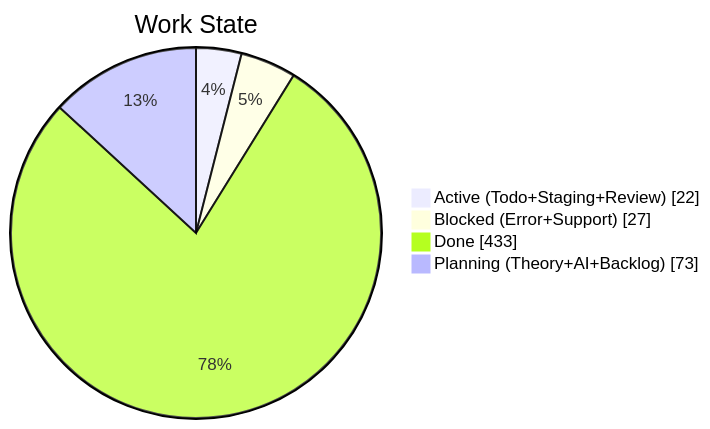
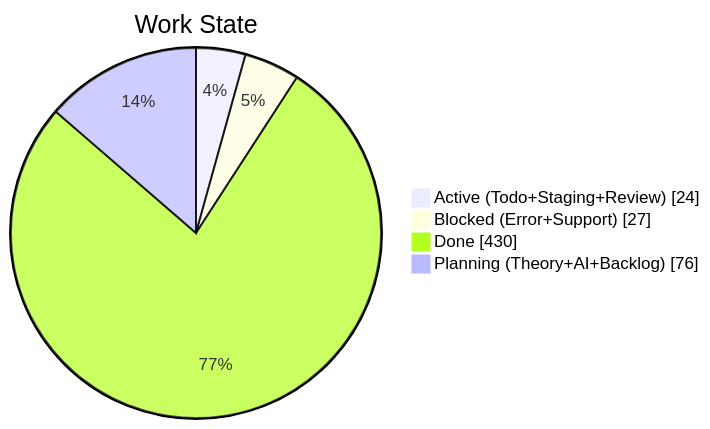
One commit to KBVE/kbve changed the second of 4 diagrams in apps/kbve/astro-kbve/src/content/docs/dashboard/kanban-data.mdx. Above: the diagram before and after it, drawn with Mermaid. The commit also changed other lines of this file and 8 other files, not shown here.

````diff
--- a/apps/kbve/astro-kbve/src/content/docs/dashboard/kanban-data.mdx
+++ b/apps/kbve/astro-kbve/src/content/docs/dashboard/kanban-data.mdx
@@ -68,8 +68,8 @@
 ```mermaid
 pie showData
     title Work State
-    "Active (Todo+Staging+Review)" : 22
+    "Active (Todo+Staging+Review)" : 24
     "Blocked (Error+Support)" : 27
-    "Done" : 433
-    "Planning (Theory+AI+Backlog)" : 73
+    "Done" : 430
+    "Planning (Theory+AI+Backlog)" : 76
 ```
````
